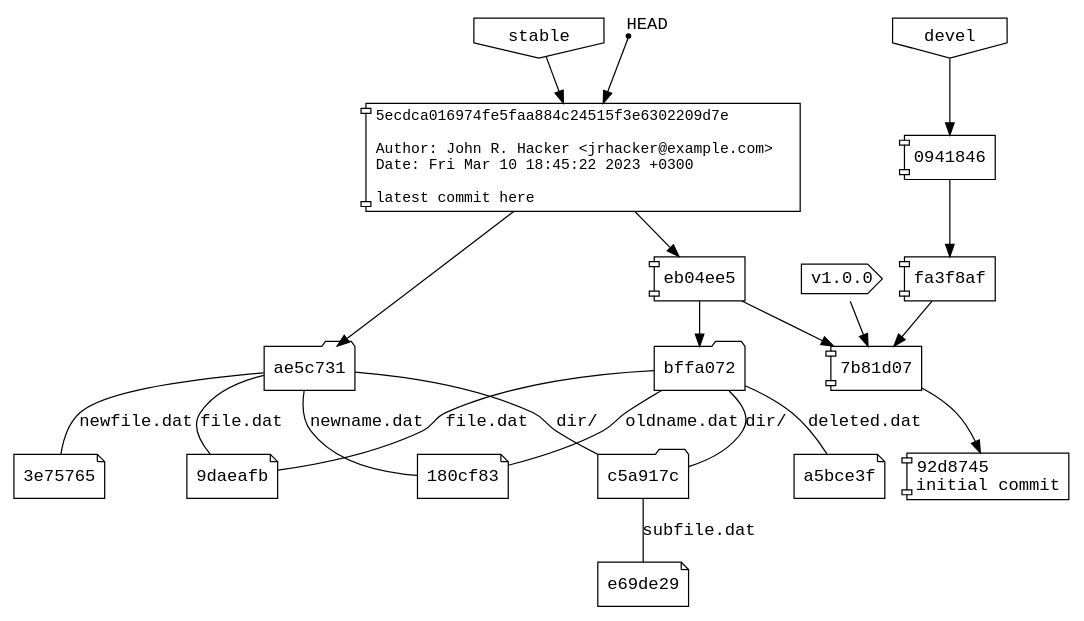
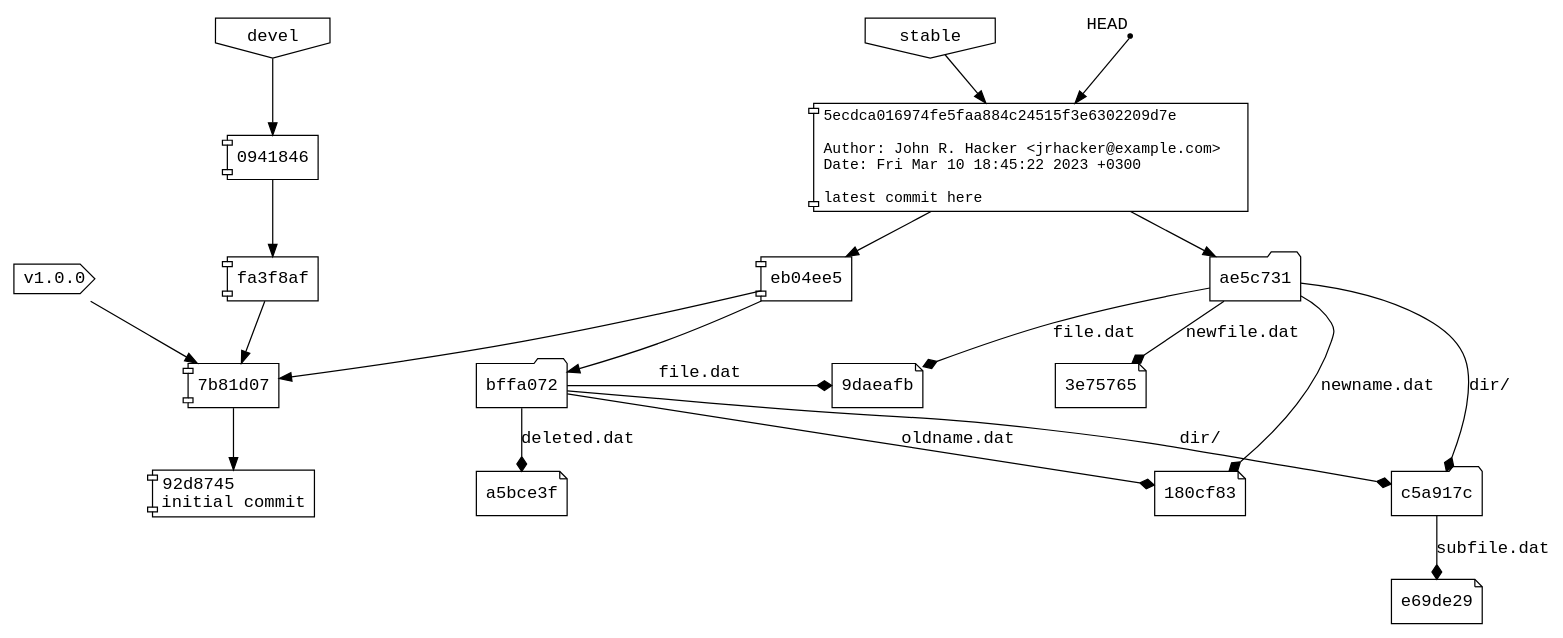
The first of 7 diagrams in source/gitanatomy.rst (mathling-programming/lectures), drawn with Graphviz before and after one commit. The commit also changed other lines of this file and 1 other file, not shown here.

```diff
--- a/source/gitanatomy.rst
+++ b/source/gitanatomy.rst
@@ -7,47 +7,50 @@
 .. graphviz::
 
    digraph {
+      nodesep = 1.5
       node [ shape = component, fontname = "monospace" ]
       edge [ fontname = "monospace", labelfontname = "monospace" ]
       blob1 [ shape = note, label = "9daeafb", tooltip = "9daeafb9864cf43055ae93beb0afd6c7d144bfa4" ]
       blob2 [ shape = note, label = "3e75765" ]
       blob3 [ shape = note, label = "180cf83" ]
       blob4 [ shape = note, label = "a5bce3f" ]
       subblob [ shape = note, label = "e69de29" ]
       tree1 [ shape = folder, label = "ae5c731" ]
       tree2 [ shape = folder, label = "bffa072" ]
       subtree [ shape = folder, label = "c5a917c" ]
 
-      tree1 -> blob1 [ dir = none, label = "file.dat" ]
-      tree1 -> blob2 [ dir = none, label = "newfile.dat" ]
-      tree2 -> blob1 [ dir = none, label = "file.dat" ]
-      tree2 -> blob3 [ dir = none, label = "oldname.dat" ]
-      tree1 -> blob3 [ dir = none, label = "newname.dat" ]
-      tree2 -> blob4 [ dir = none, label = "deleted.dat" ]
-      subtree -> subblob [ dir = none, label = "subfile.dat" ]
-      tree1 -> subtree [ dir = none, label = "dir/" ]
-      tree2 -> subtree [ dir = none, label = "dir/" ]
+      tree1 -> blob1 [ arrowhead = diamond, label = "file.dat", constraint = false ]
+      tree1 -> blob2 [ arrowhead = diamond, label = "newfile.dat" ]
+      tree2 -> blob1 [ arrowhead = diamond, label = "file.dat", constraint = false ]
+      tree2 -> blob3 [ arrowhead = diamond, label = "oldname.dat" ]
+      tree1 -> blob3 [ arrowhead = diamond, label = "newname.dat" ]
+      tree2 -> blob4 [ arrowhead = diamond, label = "deleted.dat" ]
+      subtree -> subblob [ arrowhead = diamond, label = "subfile.dat" ]
+      tree1 -> subtree [ arrowhead = diamond, label = "dir/", minlen = 2 ]
+      tree2 -> subtree [ arrowhead = diamond, label = "dir/" ]
 
       commit1 [ tooltip = "git mv oldname.dat newname.dat\ngit rm deleted.dat\ngit add newfile.dat", fontsize = 12,
                 label = "5ecdca016974fe5faa884c24515f3e6302209d7e\l\lAuthor: John R. Hacker <jrhacker@example.com>\lDate: Fri Mar 10 18:45:22 2023 +0300\l\llatest commit here\l"]
       commit4 [ label = "92d8745\linitial commit" ]
       commit3 [ label = "7b81d07" ]
       commit2 [ label = "eb04ee5" ]
       commit6 [ label = "fa3f8af" ]
       commit5 [ label = "0941846" ]
       commit1 -> tree1
       commit2 -> tree2
       commit1 -> commit2
       commit2 -> commit3
       commit3 -> commit4
       commit5 -> commit6
       commit6 -> commit3
       head [ shape = point, xlabel = "HEAD", fontname = "monospace" ]
       head -> commit1
       branch1 [ shape = invhouse, label = "devel" ]
       branch1 -> commit5
       branch2 [ shape = invhouse, label = "stable" ]
       branch2 -> commit1
       tag1 [ shape = cds, label = "v1.0.0" ]
       tag1 -> commit3
+
+      commit2 -> blob1 [ style = invis ]
    }
```
